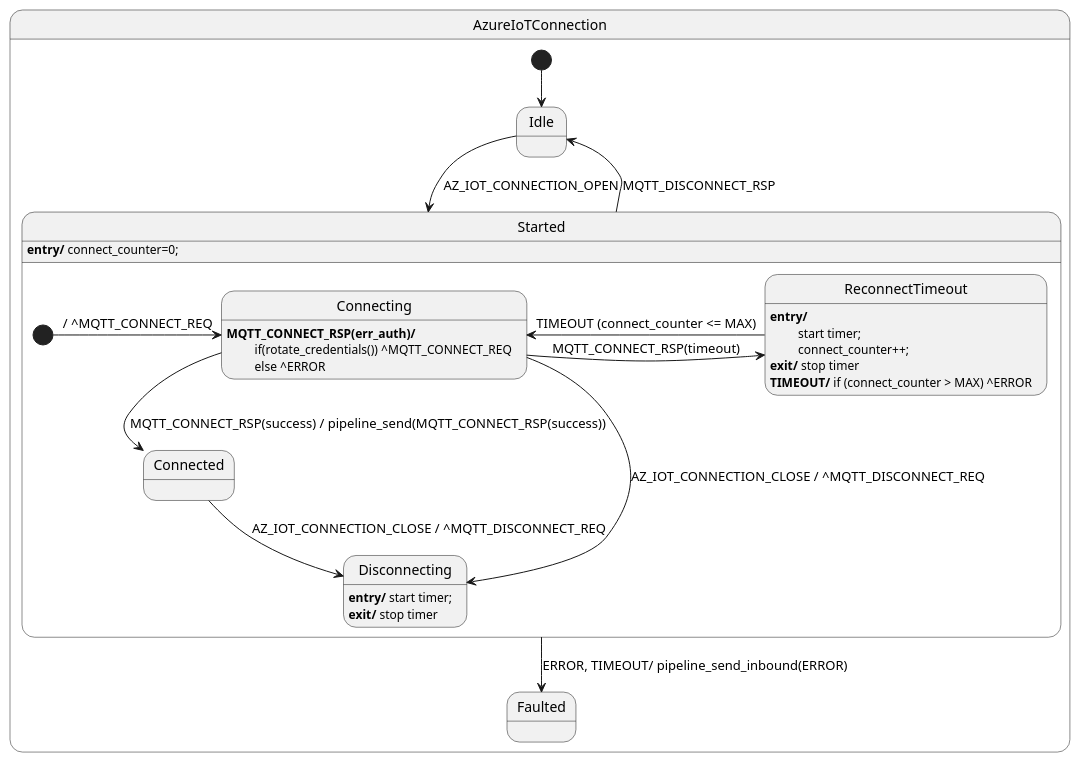
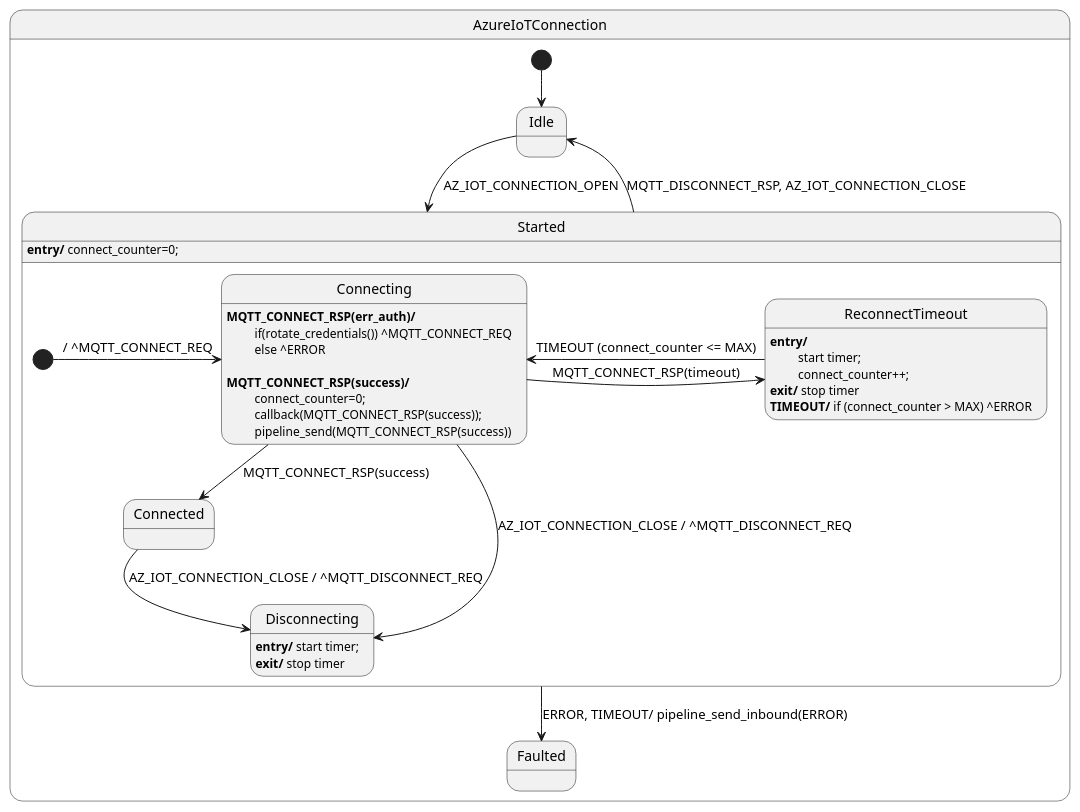
The diagram in sdk/docs/iot/resources/iot_hfsm_connection.puml (vaavva/azure-sdk-for-c-hfsm), drawn with PlantUML before and after one commit. The commit also changed 3 other files, not shown here.

```diff
--- a/sdk/docs/iot/resources/iot_hfsm_connection.puml
+++ b/sdk/docs/iot/resources/iot_hfsm_connection.puml
@@ -1,38 +1,45 @@
 @startuml
 
 state AzureIoTConnection {
-state Idle
+    state Idle
+    state Faulted
+
     state Started {
         state Connecting
         Connecting : <b>MQTT_CONNECT_RSP(err_auth)/</b>
         Connecting : \t if(rotate_credentials()) ^MQTT_CONNECT_REQ
         Connecting : \t else ^ERROR
+        Connecting :
+        Connecting : <b>MQTT_CONNECT_RSP(success)/</b> 
+        Connecting : \t connect_counter=0;
+        Connecting : \t callback(MQTT_CONNECT_RSP(success));
+        Connecting : \t pipeline_send(MQTT_CONNECT_RSP(success))
 
         state Connected
 
         state ReconnectTimeout
         ReconnectTimeout : <b>entry/</b> 
         ReconnectTimeout : \t start timer;
         ReconnectTimeout : \t connect_counter++;
         ReconnectTimeout : <b>exit/</b> stop timer
         ReconnectTimeout : <b>TIMEOUT/</b> if (connect_counter > MAX) ^ERROR
 
         state Disconnecting
         Disconnecting : <b>entry/</b> start timer; 
         Disconnecting : <b>exit/</b> stop timer
 
         [*] -> Connecting : / ^MQTT_CONNECT_REQ
-        Connecting --> Connected : MQTT_CONNECT_RSP(success) / pipeline_send(MQTT_CONNECT_RSP(success))
+        Connecting --> Connected : MQTT_CONNECT_RSP(success)
         Connecting -> ReconnectTimeout : MQTT_CONNECT_RSP(timeout)
         Connecting --> Disconnecting : AZ_IOT_CONNECTION_CLOSE / ^MQTT_DISCONNECT_REQ
         Connected --> Disconnecting : AZ_IOT_CONNECTION_CLOSE / ^MQTT_DISCONNECT_REQ
         ReconnectTimeout -> Connecting : TIMEOUT (connect_counter <= MAX)
     }
     Started : <b>entry/</b> connect_counter=0;
 
     [*] --> Idle
     Idle -> Started : AZ_IOT_CONNECTION_OPEN
-    Started --> Idle : MQTT_DISCONNECT_RSP
+    Started --> Idle : MQTT_DISCONNECT_RSP, AZ_IOT_CONNECTION_CLOSE
     Started --> Faulted: ERROR, TIMEOUT/ pipeline_send_inbound(ERROR)
 
 @enduml
```
